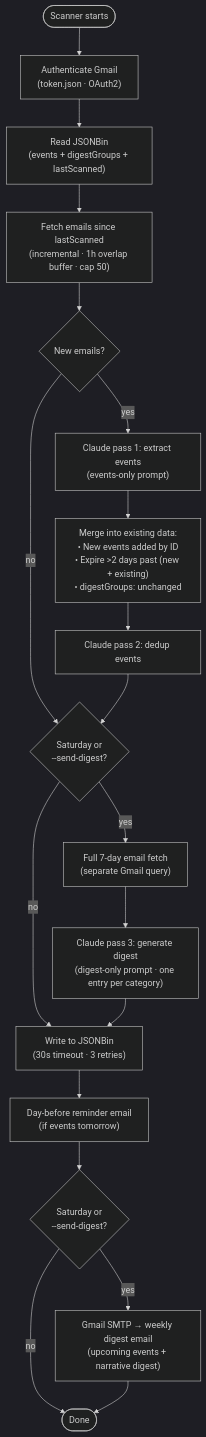
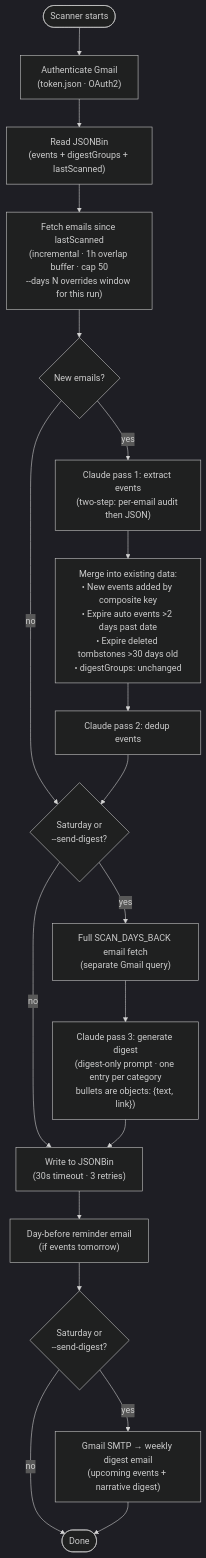
One commit to samundrud/family_inbox_digest changed the diagram in docs/CLAUDE.md. Above: the diagram before and after it, drawn with Mermaid (dark theme). The commit also changed other lines of this file and 5 other files, not shown here.

First line of the commit message:
Fix event resurrection, improve link accuracy, and harden email coverage

````diff
--- a/docs/CLAUDE.md
+++ b/docs/CLAUDE.md
@@ -21,21 +21,21 @@
 ```mermaid
 flowchart TD
     Start([Scanner starts]) --> Auth["Authenticate Gmail\n(token.json · OAuth2)"]
     Auth --> ReadBin["Read JSONBin\n(events + digestGroups + lastScanned)"]
-    ReadBin --> Fetch["Fetch emails since lastScanned\n(incremental · 1h overlap buffer · cap 50)"]
+    ReadBin --> Fetch["Fetch emails since lastScanned\n(incremental · 1h overlap buffer · cap 50\n--days N overrides window for this run)"]
     Fetch --> HasEmails{New emails?}
-    HasEmails -->|yes| Claude1["Claude pass 1: extract events\n(events-only prompt)"]
+    HasEmails -->|yes| Claude1["Claude pass 1: extract events\n(two-step: per-email audit then JSON)"]
     HasEmails -->|no| DigestCheck
-    Claude1 --> Merge["Merge into existing data:\n• New events added by ID\n• Expire >2 days past (new + existing)\n• digestGroups: unchanged"]
+    Claude1 --> Merge["Merge into existing data:\n• New events added by composite key\n• Expire auto events >2 days past date\n• Expire deleted tombstones >30 days old\n• digestGroups: unchanged"]
     Merge --> Dedup["Claude pass 2: dedup events"]
     Dedup --> DigestCheck{Saturday or\n--send-digest?}
     DigestCheck -->|no| Write
-    DigestCheck -->|yes| FullFetch["Full 7-day email fetch\n(separate Gmail query)"]
-    FullFetch --> Claude3["Claude pass 3: generate digest\n(digest-only prompt · one entry per category)"]
+    DigestCheck -->|yes| FullFetch["Full SCAN_DAYS_BACK email fetch\n(separate Gmail query)"]
+    FullFetch --> Claude3["Claude pass 3: generate digest\n(digest-only prompt · one entry per category\nbullets are objects: {text, link})"]
     Claude3 --> Write["Write to JSONBin\n(30s timeout · 3 retries)"]
     Write --> Reminder["Day-before reminder email\n(if events tomorrow)"]
     Reminder --> DigestEmail{Saturday or\n--send-digest?}
     DigestEmail -->|no| Done([Done])
     DigestEmail -->|yes| Email["Gmail SMTP → weekly digest email\n(upcoming events + narrative digest)"]
     Email --> Done
 ```
````
